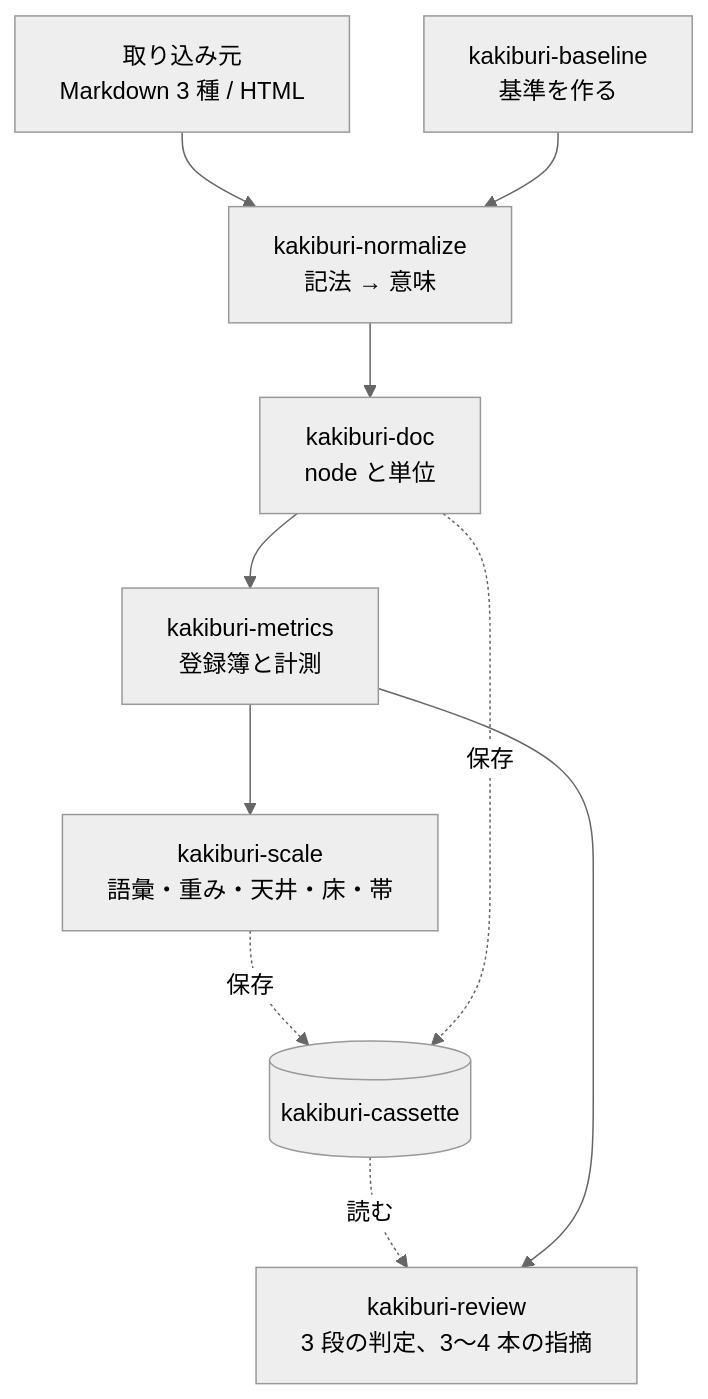
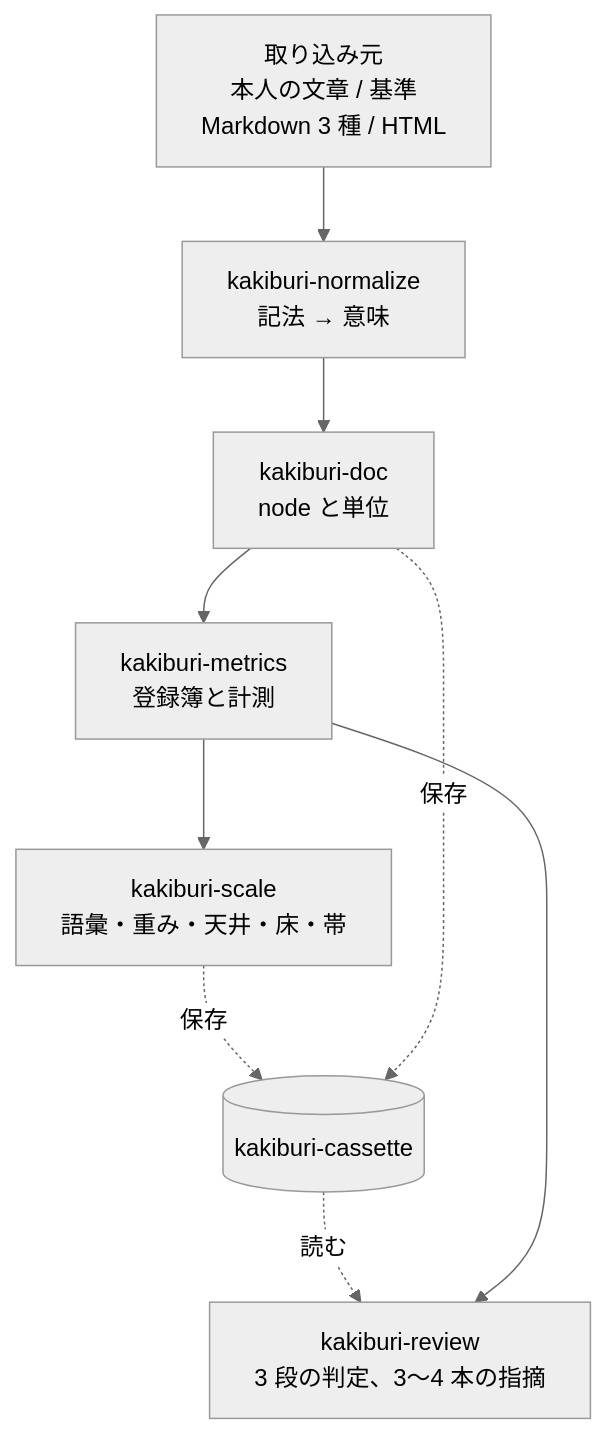
The first of 2 diagrams in docs/design/000-architecture.md (lambdalisue/kuchiyose), drawn with Mermaid (neutral theme) before and after one commit. The commit also changed other lines of this file and 2 other files, not shown here.

````diff
--- a/docs/design/000-architecture.md
+++ b/docs/design/000-architecture.md
@@ -31,21 +31,19 @@
 ```mermaid
 flowchart TB
-    src["取り込み元<br/>Markdown 3 種 / HTML"]
-    base["kakiburi-baseline<br/>基準を作る"]
+    src["取り込み元<br/>本人の文章 / 基準<br/>Markdown 3 種 / HTML"]
     norm["kakiburi-normalize<br/>記法 → 意味"]
     doc["kakiburi-doc<br/>node と単位"]
     met["kakiburi-metrics<br/>登録簿と計測"]
     scale["kakiburi-scale<br/>語彙・重み・天井・床・帯"]
     rev["kakiburi-review<br/>3 段の判定、3〜4 本の指摘"]
     cas[("kakiburi-cassette")]
 
     src --> norm
-    base --> norm
     norm --> doc
     doc --> met
     met --> scale
     scale -. 保存 .-> cas
     doc -. 保存 .-> cas
     cas -. 読む .-> rev
     met --> rev
 ```
````
